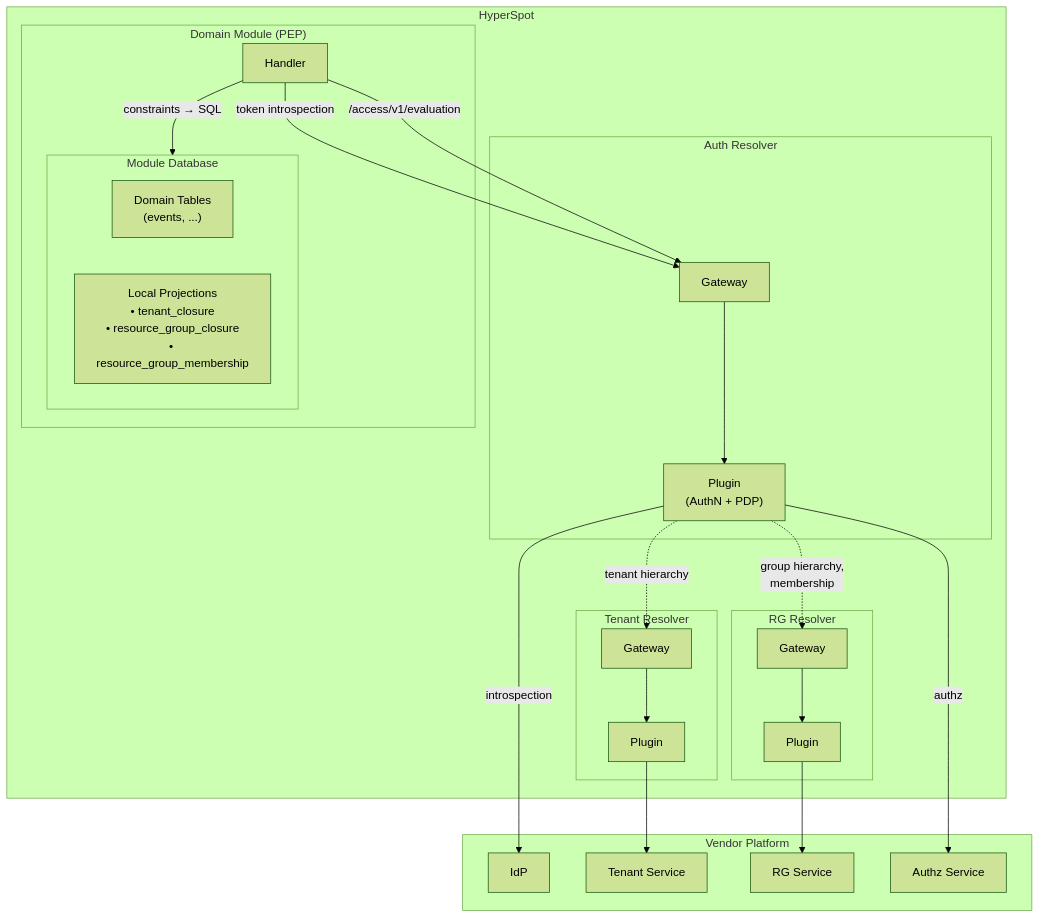
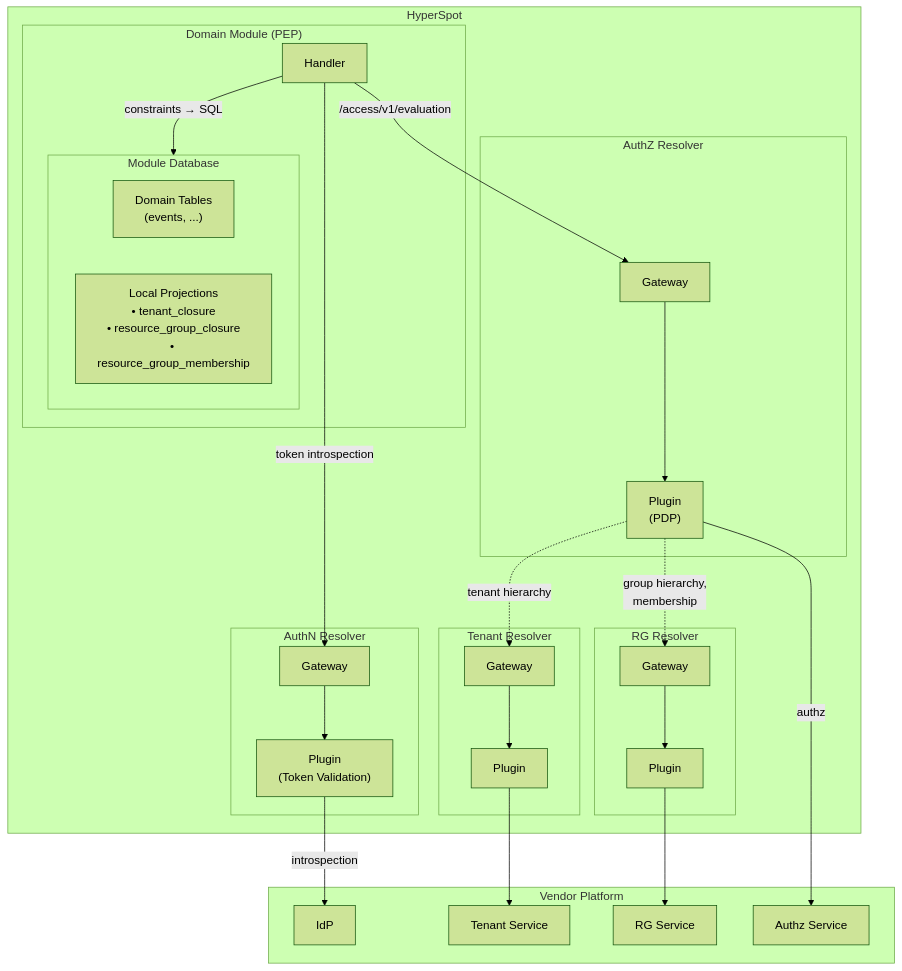
Before and after one commit to aviator5/hyperspot: the second of 5 diagrams in docs/authorization/AUTH.md, drawn with Mermaid (forest theme). The commit also changed other lines of this file and 4 other files, not shown here.

Commit message:
split Auth Resolver into AuthN Resolver and AuthZ Resolver

````diff
--- a/docs/authorization/AUTH.md
+++ b/docs/authorization/AUTH.md
@@ -101,54 +170,62 @@
 ```mermaid
 flowchart TB
     subgraph Vendor["Vendor Platform"]
         IdP["IdP"]
         TenantSvc["Tenant Service"]
         RGSvc["RG Service"]
         AuthzSvc["Authz Service"]
     end
 
     subgraph HyperSpot
         subgraph TenantResolver["Tenant Resolver"]
             TenantGW["Gateway"]
             TenantPlugin["Plugin"]
         end
 
         subgraph RGResolver["RG Resolver"]
             RGGW["Gateway"]
             RGPlugin["Plugin"]
         end
 
-        subgraph AuthResolver["Auth Resolver"]
-            AuthGW["Gateway"]
-            AuthPlugin["Plugin<br/>(AuthN + PDP)"]
+        subgraph AuthNResolver["AuthN Resolver"]
+            AuthNGW["Gateway"]
+            AuthNPlugin["Plugin<br/>(Token Validation)"]
+        end
+
+        subgraph AuthZResolver["AuthZ Resolver"]
+            AuthZGW["Gateway"]
+            AuthZPlugin["Plugin<br/>(PDP)"]
         end
 
         subgraph PEP["Domain Module (PEP)"]
             Handler["Handler"]
             subgraph ModuleDB["Module Database"]
                 DomainTables["Domain Tables<br/>(events, ...)"]
                 LocalProj["Local Projections<br/>• tenant_closure<br/>• resource_group_closure<br/>• resource_group_membership"]
             end
         end
     end
 
     %% Tenant Resolver flow
     TenantGW --> TenantPlugin
     TenantPlugin --> TenantSvc
 
     %% RG Resolver flow
     RGGW --> RGPlugin
     RGPlugin --> RGSvc
 
-    %% Auth Resolver flow
-    AuthGW --> AuthPlugin
-    AuthPlugin -->|introspection| IdP
-    AuthPlugin -->|authz| AuthzSvc
-    AuthPlugin -.->|tenant hierarchy| TenantGW
-    AuthPlugin -.->|group hierarchy,<br/>membership| RGGW
+    %% AuthN Resolver flow
+    AuthNGW --> AuthNPlugin
+    AuthNPlugin -->|introspection| IdP
+
+    %% AuthZ Resolver flow
+    AuthZGW --> AuthZPlugin
+    AuthZPlugin -->|authz| AuthzSvc
+    AuthZPlugin -.->|tenant hierarchy| TenantGW
+    AuthZPlugin -.->|group hierarchy,<br/>membership| RGGW
 
     %% PEP flow
-    Handler -->|token introspection| AuthGW
-    Handler -->|/access/v1/evaluation| AuthGW
+    Handler -->|token introspection| AuthNGW
+    Handler -->|/access/v1/evaluation| AuthZGW
     Handler -->|constraints → SQL| ModuleDB
 ```
````
